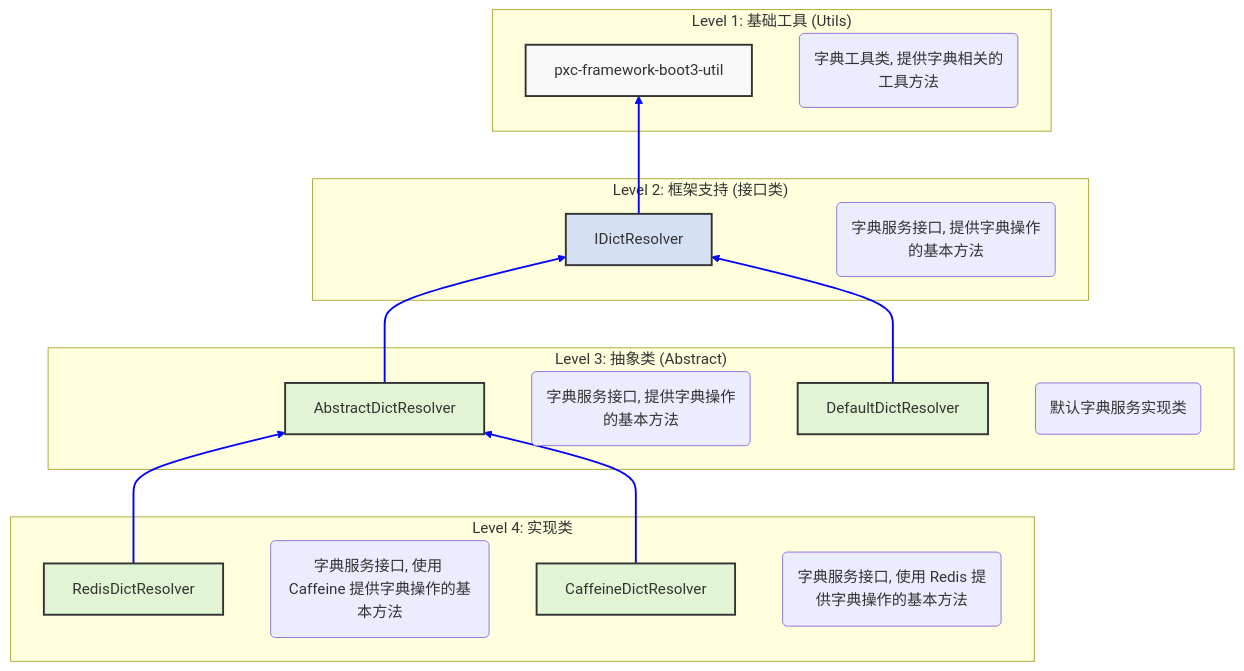
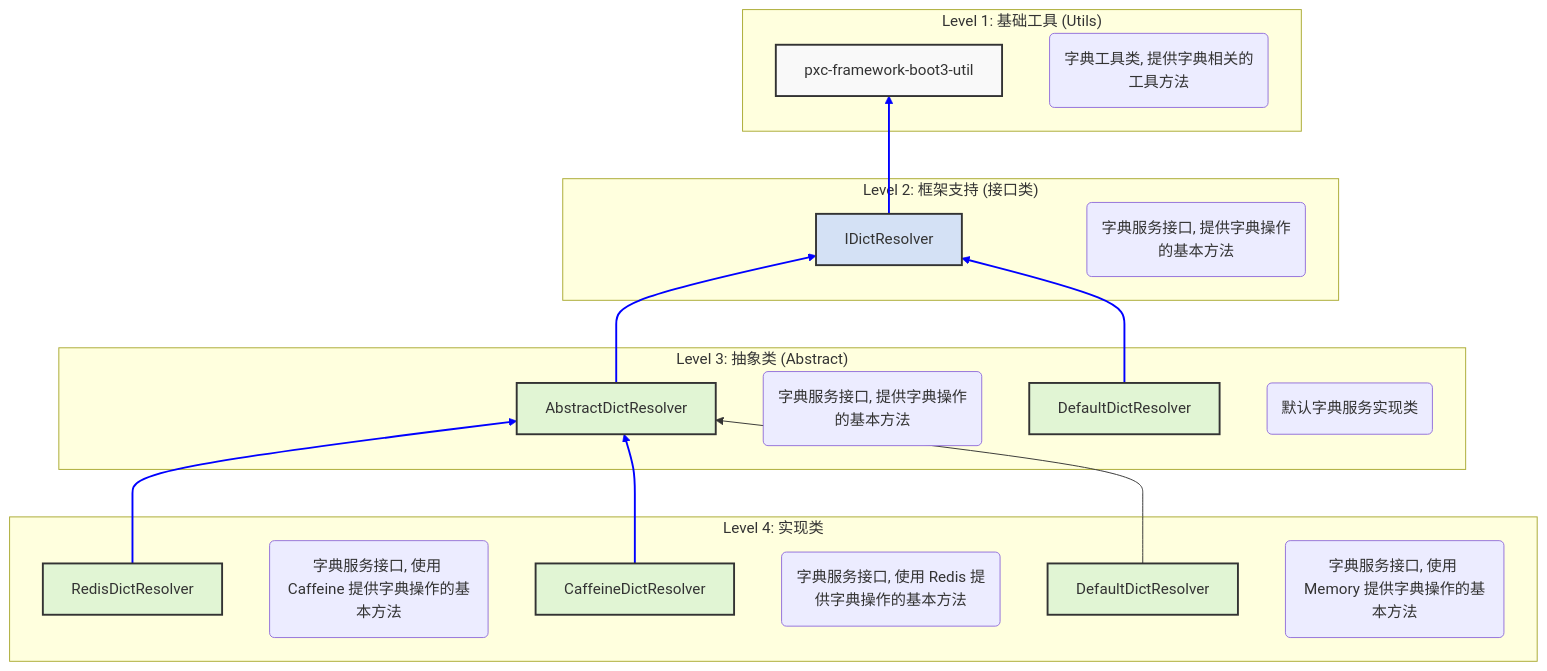
Before and after one commit to panxiaochao/pxc-framework-boot3: the diagram in pxc-framework-boot3-util/README.md, drawn with Mermaid. The commit also changed 7 other files, not shown here.

````diff
--- a/pxc-framework-boot3-util/README.md
+++ b/pxc-framework-boot3-util/README.md
@@ -99,39 +99,42 @@
 ```mermaid
 graph BT
     %% 定义样式
     classDef base fill:#f9f9f9,stroke:#333,stroke-width:2px;
     classDef mid fill:#d4e1f5,stroke:#333,stroke-width:2px;
     classDef top fill:#e1f5d4,stroke:#333,stroke-width:2px;
 
     subgraph "Level 1: 基础工具 (Utils)"
         U[pxc-framework-boot3-util]:::base
         Note1(字典工具类, 提供字典相关的工具方法)
     end
 
     subgraph "Level 2: 框架支持 (接口类)"
         F[IDictResolver]:::mid
         Note2(字典服务接口, 提供字典操作的基本方法)
     end
 
     subgraph "Level 3: 抽象类 (Abstract)"
         S1[AbstractDictResolver]:::top
         Note3(字典服务接口, 提供字典操作的基本方法)
         S2[DefaultDictResolver]:::top
         Note4(默认字典服务实现类)
     end
     
     subgraph "Level 4: 实现类"
         A1[RedisDictResolver]:::top
         Note5(字典服务接口, 使用 Caffeine 提供字典操作的基本方法)
         A2[CaffeineDictResolver]:::top
         Note6(字典服务接口, 使用 Redis 提供字典操作的基本方法)
+        A3[DefaultDictResolver]:::top
+        Note7(字典服务接口, 使用 Memory 提供字典操作的基本方法)
     end
 
     F --> U
     S1 --> F
     S2 --> F
     A1 --> S1
     A2 --> S1
+    A3 --> S1
 
     linkStyle 0,1,2,3,4 stroke-width:2px,fill:none,stroke:blue;
 ```
````
